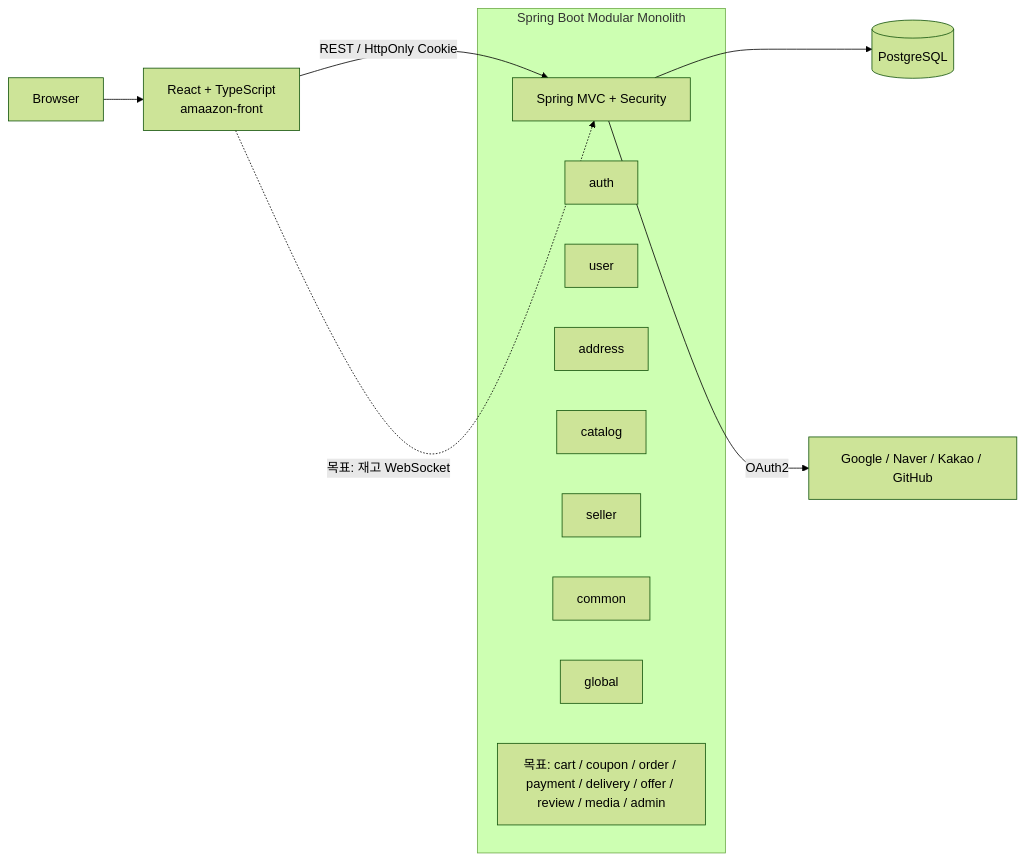
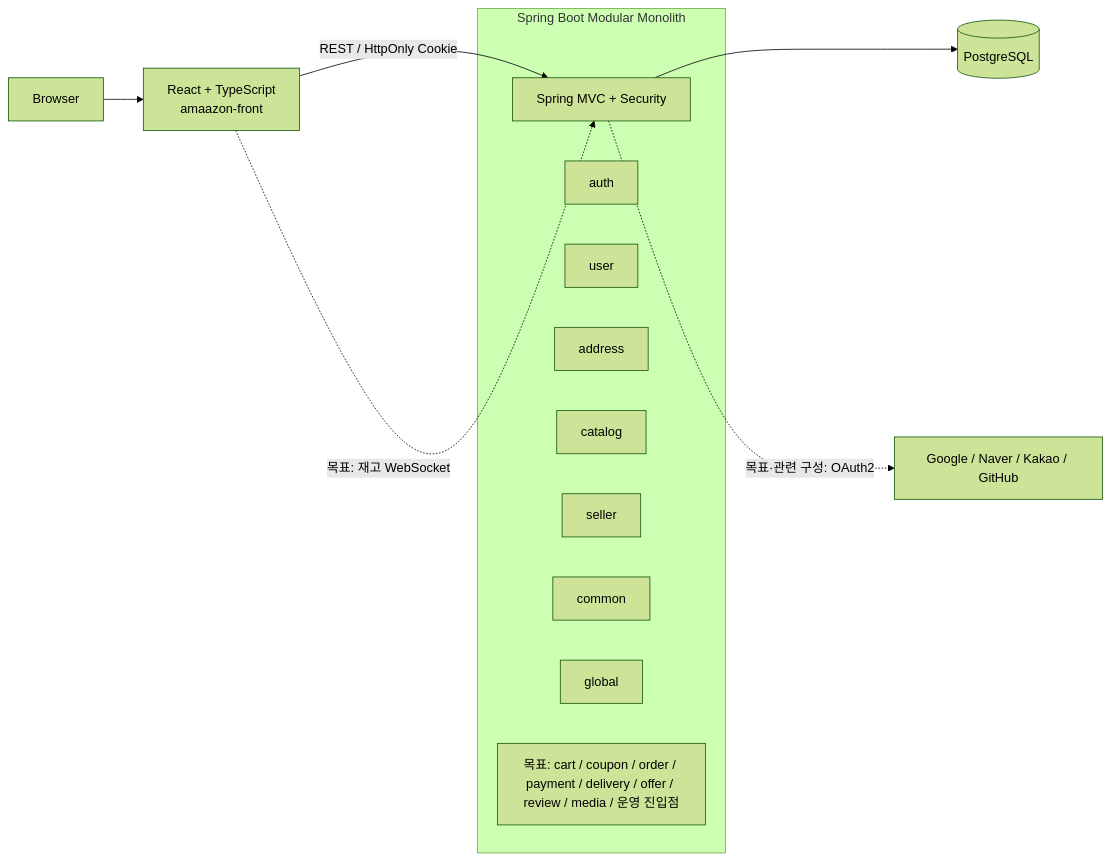
The first of 2 diagrams in docs/architecture.md (metDaisy/e-commerce-clone-coding), drawn with Mermaid (forest theme) before and after one commit. The commit also changed other lines of this file and 4 other files, not shown here.

````diff
--- a/docs/architecture.md
+++ b/docs/architecture.md
@@ -13,20 +13,20 @@
 ```mermaid
 flowchart LR
     Browser[Browser] --> Front[React + TypeScript\namaazon-front]
     Front -->|REST / HttpOnly Cookie| Web[Spring MVC + Security]
     Front -.->|목표: 재고 WebSocket| Web
     Web --> DB[(PostgreSQL)]
-    Web -->|OAuth2| Providers[Google / Naver / Kakao / GitHub]
+    Web -.->|목표·관련 구성: OAuth2| Providers[Google / Naver / Kakao / GitHub]
 
     subgraph Backend[Spring Boot Modular Monolith]
         Web
         Auth[auth]
         User[user]
         Address[address]
         Catalog[catalog]
         Seller[seller]
         Common[common]
         Global[global]
-        Future[목표: cart / coupon / order / payment / delivery / offer / review / media / admin]
+        Future[목표: cart / coupon / order / payment / delivery / offer / review / media / 운영 진입점]
     end
 ```
````
